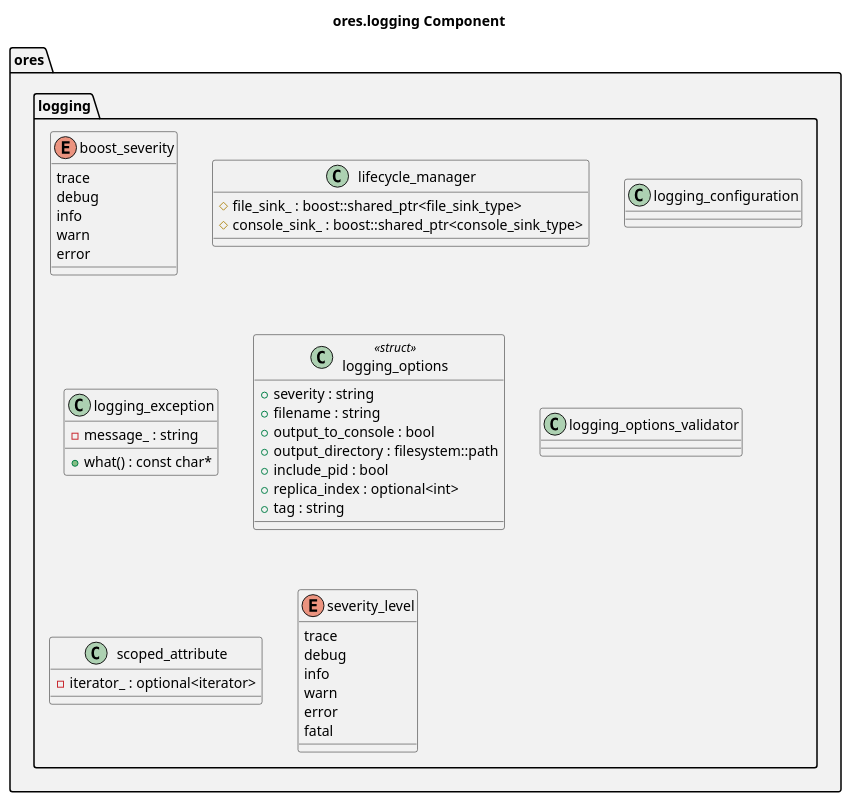
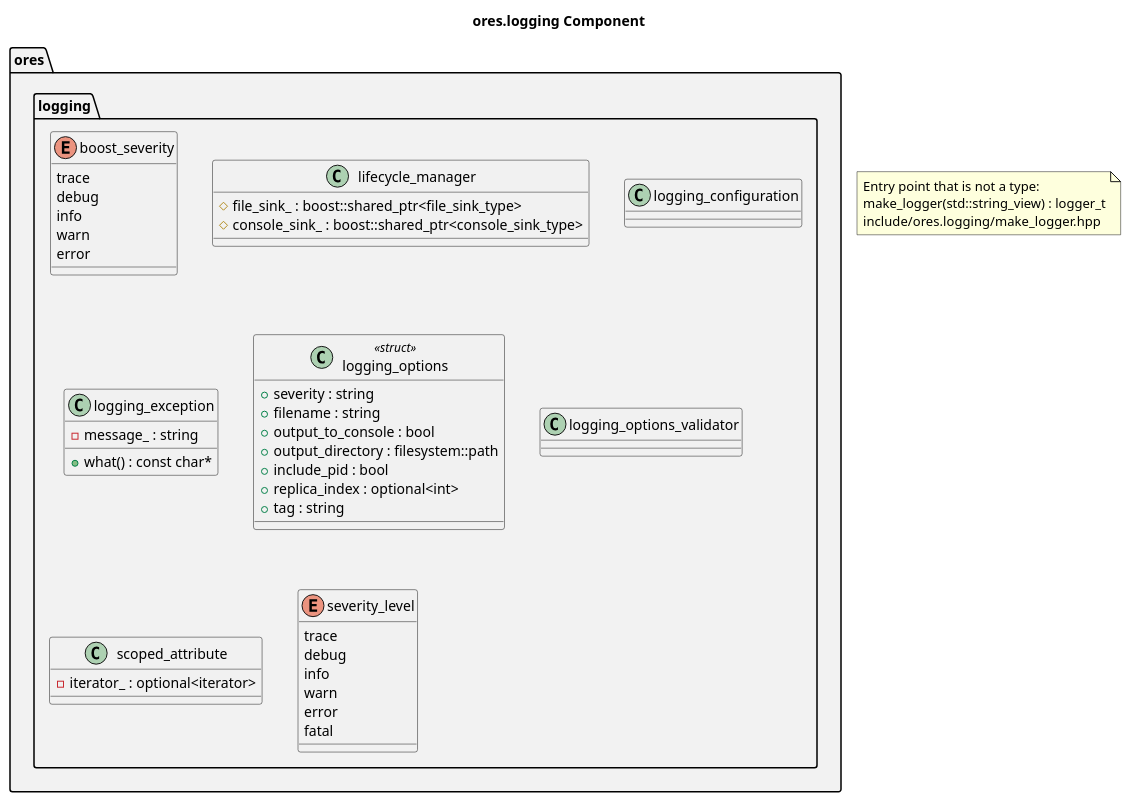
One commit to OreStudio/OreStudio changed the diagram in projects/ores.logging/modeling/ores.logging.puml. Above: the diagram before and after it, drawn with PlantUML. The commit also changed 2 other files, not shown here.

Commit message:
[ores.logging] Put the component diagram through both audit passes
The diagram had only been hand-edited after a dry run of the capture, so
the automated pass had never written it, and the diagram omitted
make_logger, the component's factory entry point. The capture now runs in
write mode, the manual pass restores the enum values and logging_exception
it drops, and the factory is a note below the sentinel that survives
regeneration.

Story-ID: A6D32783-BE66-4FE3-99A8-227BE7C7DE63
Task-ID: D042AF8C-F308-46E0-9646-B9BEA4FADC91
Environment: festive_dijkstra

```diff
--- a/projects/ores.logging/modeling/ores.logging.puml
+++ b/projects/ores.logging/modeling/ores.logging.puml
@@ -18,56 +18,62 @@
 @startuml
 
 title ores.logging Component
 
 set namespaceSeparator ::
 
 namespace ores #F2F2F2 {
     namespace logging #F2F2F2 {
         enum boost_severity {
             trace
             debug
             info
             warn
             error
         }
         class lifecycle_manager {
             #file_sink_ : boost::shared_ptr<file_sink_type>
             #console_sink_ : boost::shared_ptr<console_sink_type>
         }
         class logging_configuration {
         }
         class logging_exception {
             -message_ : string
             +what() : const char*
         }
         class logging_options <<struct>> {
             +severity : string
             +filename : string
             +output_to_console : bool
             +output_directory : filesystem::path
             +include_pid : bool
             +replica_index : optional<int>
             +tag : string
         }
         class logging_options_validator {
         }
         class scoped_attribute {
             -iterator_ : optional<iterator>
         }
         enum severity_level {
             trace
             debug
             info
             warn
             error
             fatal
         }
     }
 }
 
 ' --- manual: everything below this line is hand-authored; the script preserves it ---
 
+note as OresLoggingEntryPoints
+    Entry point that is not a type:
+    make_logger(std::string_view) : logger_t
+    include/ores.logging/make_logger.hpp
+end note
+
 ' Local Variables:
 ' compile-command: "java -Djava.awt.headless=true -DPLANTUML_SECURITY_PROFILE=UNSECURE -DPLANTUML_LIMIT_SIZE=65535 -jar /usr/share/plantuml/plantuml.jar ores.logging.puml"
 ' End:
 @enduml
```
